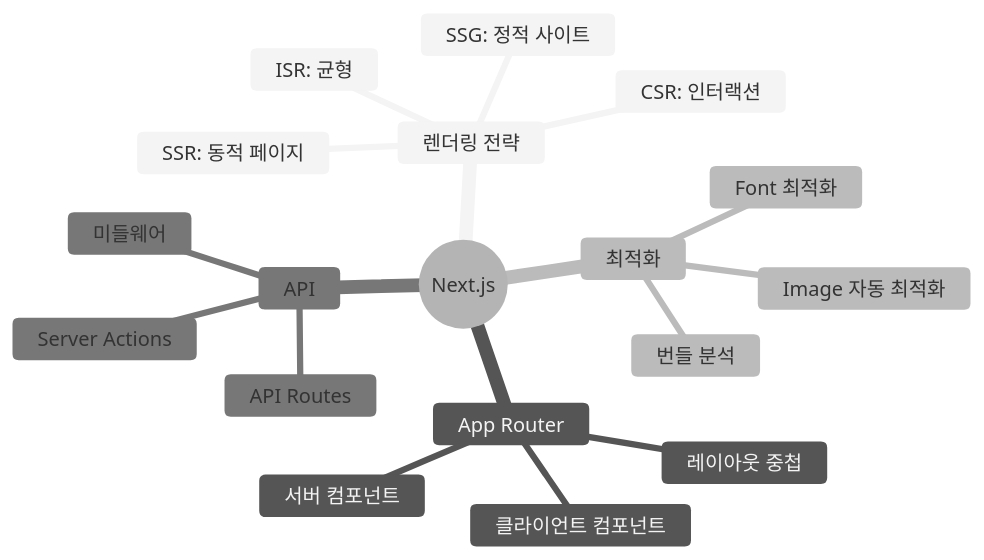
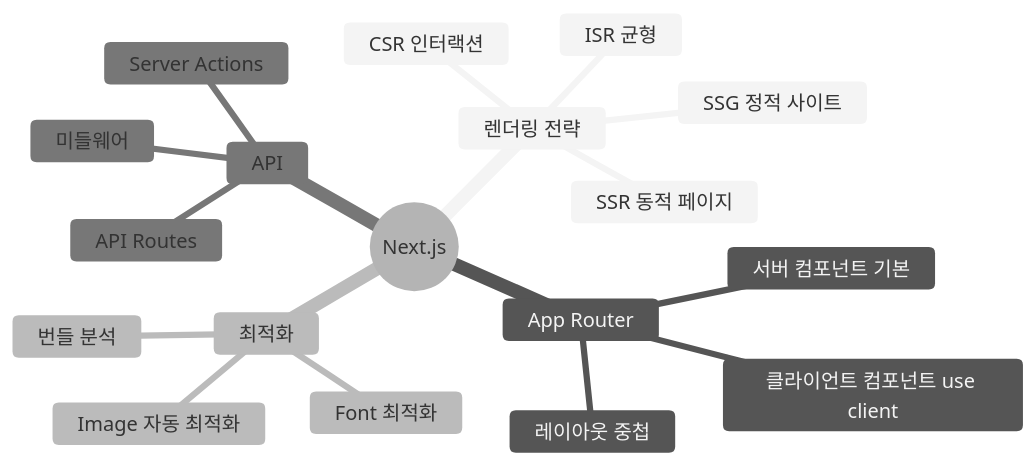
One commit to yjkim2015/yjkim2015.github.io changed the sixth of 6 diagrams in _posts/frontend/2026-05-02-nextjs-fundamentals.md. Above: the diagram before and after it, drawn with Mermaid (neutral theme). The commit also changed other lines of this file and 122 other files, not shown here.

````diff
--- a/_posts/frontend/2026-05-02-nextjs-fundamentals.md
+++ b/_posts/frontend/2026-05-02-nextjs-fundamentals.md
@@ -545,21 +403,21 @@
 ```mermaid
 mindmap
   root((Next.js))
     렌더링 전략
-      SSG: 정적 사이트
-      SSR: 동적 페이지
-      ISR: 균형
-      CSR: 인터랙션
+      SSG 정적 사이트
+      SSR 동적 페이지
+      ISR 균형
+      CSR 인터랙션
     App Router
-      서버 컴포넌트
-      클라이언트 컴포넌트
+      서버 컴포넌트 기본
+      클라이언트 컴포넌트 use client
       레이아웃 중첩
     최적화
       Image 자동 최적화
       Font 최적화
       번들 분석
     API
       API Routes
       Server Actions
       미들웨어
 ```
````
